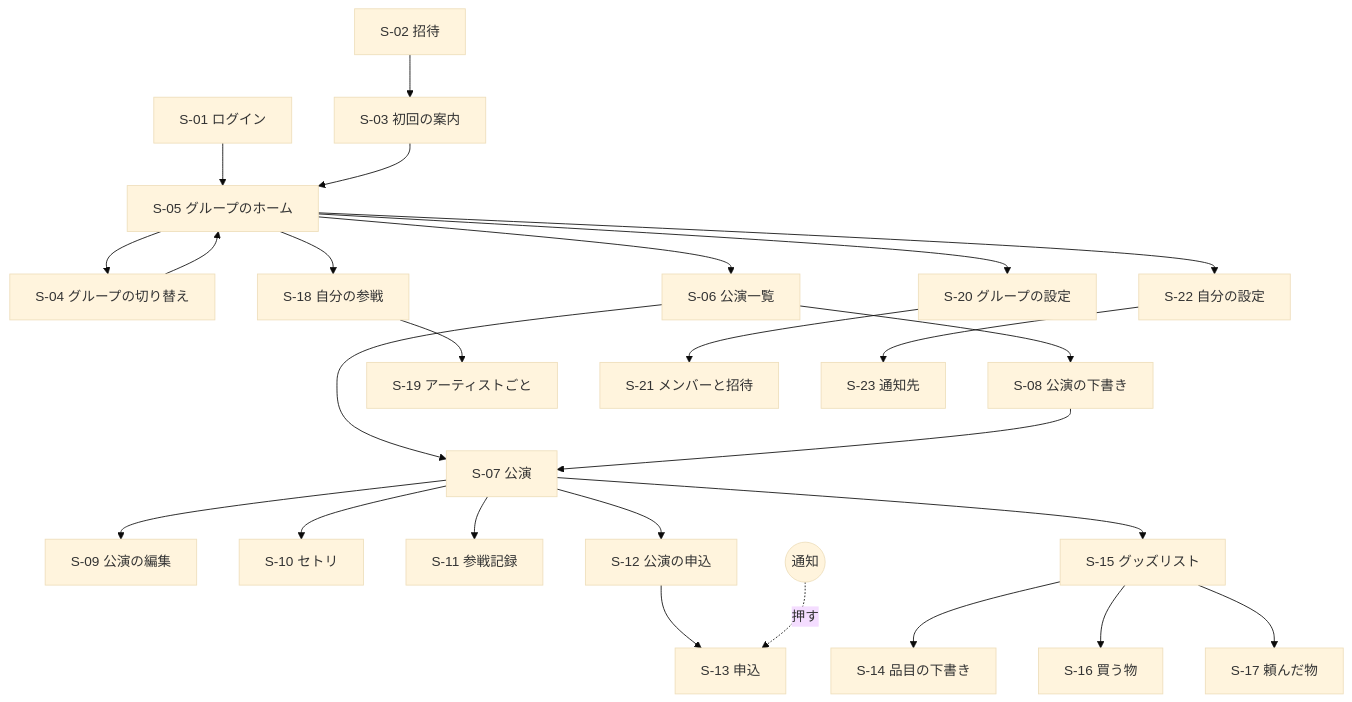
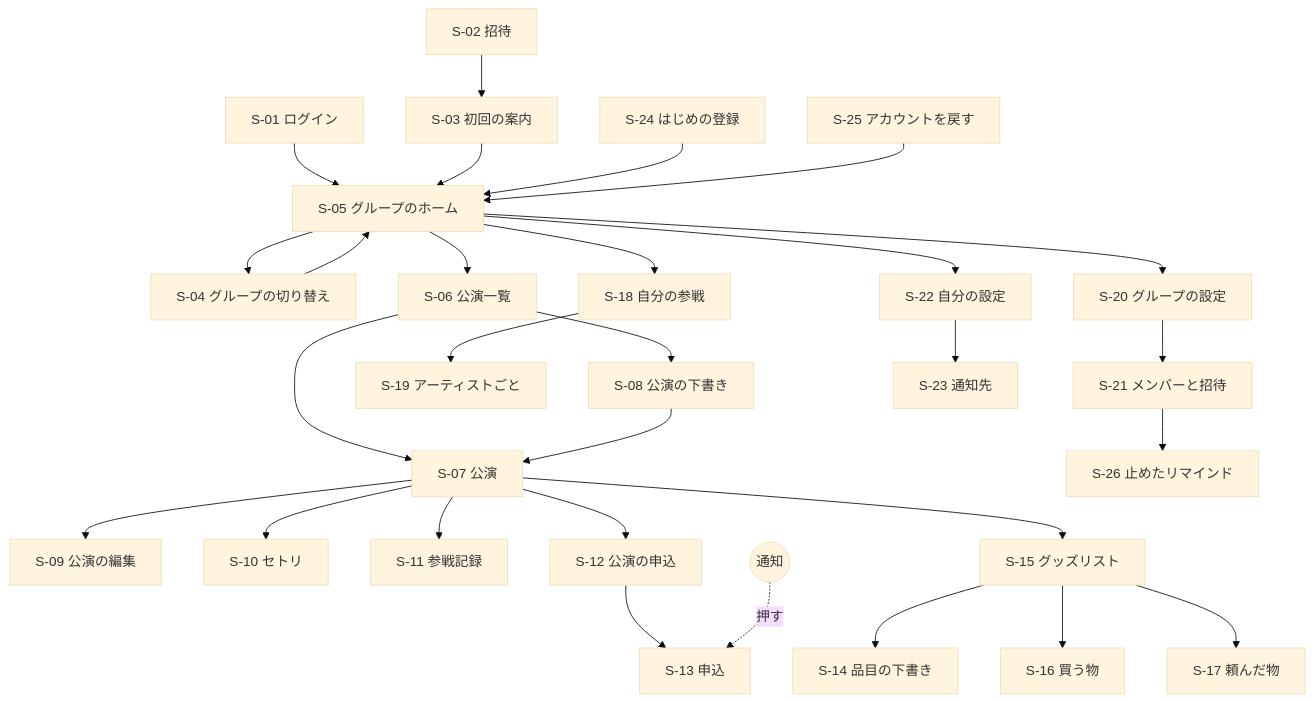
Before and after one commit to oze-xxbumpxx/yoin: the diagram in docs/api.md, drawn with Mermaid (base theme). The commit also changed other lines of this file and 4 other files, not shown here.

````diff
--- a/docs/api.md
+++ b/docs/api.md
@@ -114,28 +117,31 @@
 ```mermaid
 flowchart TD
   invite[S-02 招待] --> onboard[S-03 初回の案内]
   login[S-01 ログイン] --> home
   onboard --> home[S-05 グループのホーム]
   home --> switch[S-04 グループの切り替え]
   switch --> home
   home --> concerts[S-06 公演一覧]
   concerts --> concert[S-07 公演]
   concerts --> draft[S-08 公演の下書き]
   draft --> concert
   concert --> concertEdit[S-09 公演の編集]
   concert --> setlist[S-10 セトリ]
   concert --> record[S-11 参戦記録]
   concert --> tickets[S-12 公演の申込]
   tickets --> ticket[S-13 申込]
   concert --> merchList[S-15 グッズリスト]
   merchList --> merchDraft[S-14 品目の下書き]
   merchList --> buy[S-16 買う物]
   merchList --> asked[S-17 頼んだ物]
   home --> mine[S-18 自分の参戦]
   mine --> byArtist[S-19 アーティストごと]
   home --> settings[S-20 グループの設定]
   settings --> members[S-21 メンバーと招待]
   home --> me[S-22 自分の設定]
   me --> devices[S-23 通知先]
+  setup[S-24 はじめの登録] --> home
+  recover[S-25 アカウントを戻す] --> home
+  members --> held[S-26 止めたリマインド]
   push((通知)) -.押す.-> ticket
 ```
````
